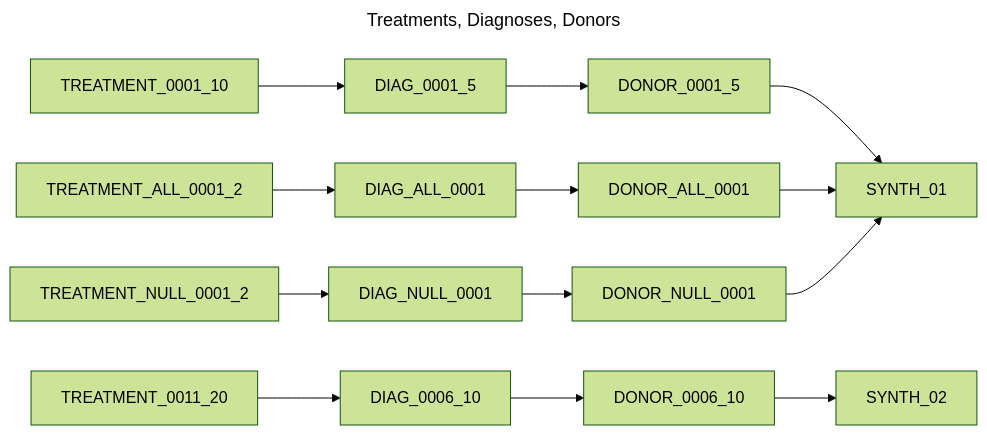
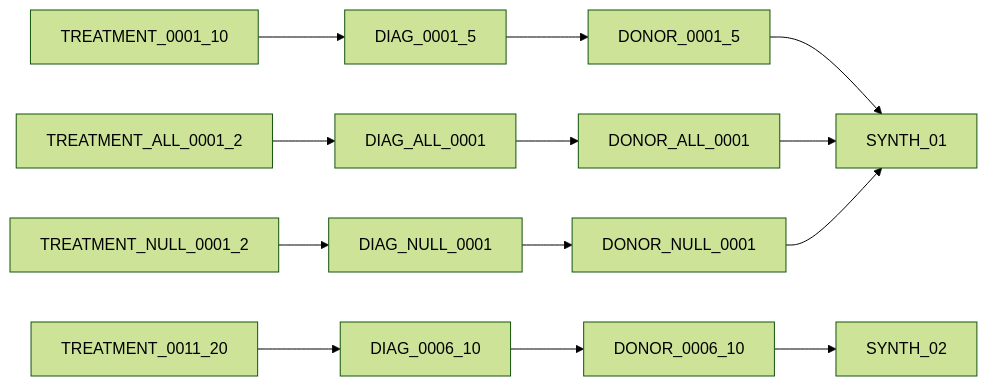
One commit to CanDIG/katsu changed the third of 9 diagrams in chord_metadata_service/mohpackets/data/extra_small_dataset/README.md. Above: the diagram before and after it, drawn with Mermaid (forest theme). The commit also changed other lines of this file, not shown here.

````diff
--- a/chord_metadata_service/mohpackets/data/extra_small_dataset/README.md
+++ b/chord_metadata_service/mohpackets/data/extra_small_dataset/README.md
@@ -51,12 +51,9 @@
 ```mermaid
----
-title: Treatments, Diagnoses, Donors
----
 graph LR;  
   DIAG_0001_5 --> DONOR_0001_5 --> SYNTH_01;  
   DIAG_0006_10 --> DONOR_0006_10 --> SYNTH_02;  
   TREATMENT_0001_10 --> DIAG_0001_5;
   TREATMENT_0011_20 --> DIAG_0006_10;  
   TREATMENT_ALL_0001_2 --> DIAG_ALL_0001 --> DONOR_ALL_0001 --> SYNTH_01;
   TREATMENT_NULL_0001_2 --> DIAG_NULL_0001 --> DONOR_NULL_0001 --> SYNTH_01;
 ```
````
